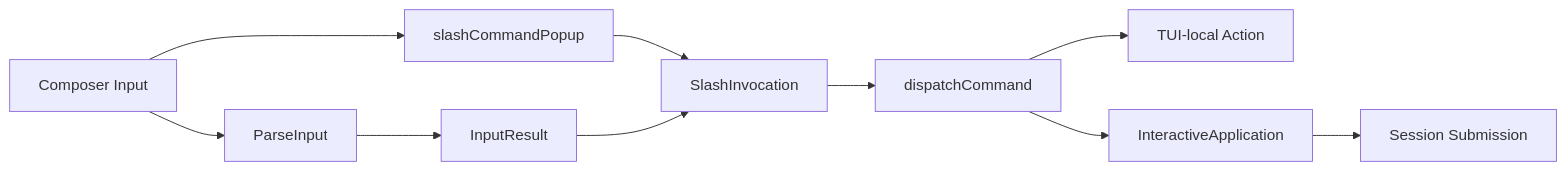
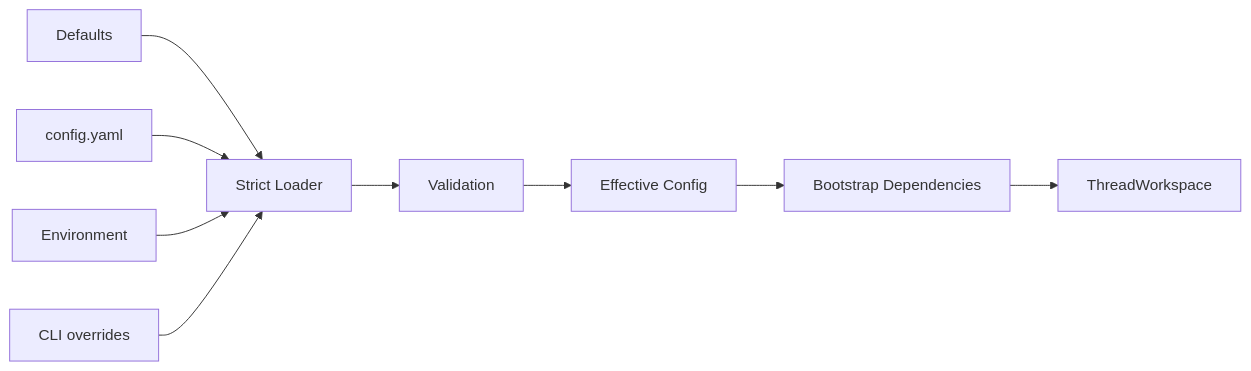
One commit to Godric-W/Amadeus changed the seventh of 43 diagrams in docs/architecture-whitepaper.md. Above: the diagram before and after it, drawn with Mermaid. The commit also changed other lines of this file and 1 other file, not shown here.

````diff
--- a/docs/architecture-whitepaper.md
+++ b/docs/architecture-whitepaper.md
@@ -368,21 +387,18 @@
 ```mermaid
 flowchart LR
-    Input[Composer Input]
-    Parse[ParseInput]
-    Result[InputResult]
-    Popup[slashCommandPopup]
-    Invoke[SlashInvocation]
-    Dispatch[dispatchCommand]
-    Local[TUI-local Action]
-    App[InteractiveApplication]
-    Session[Session Submission]
+    Defaults[Defaults]
+    File[config.yaml]
+    Env[Environment]
+    Flags[CLI overrides]
+    Loader[Strict Loader]
+    Validate[Validation]
+    Effective[Effective Config]
+    Bootstrap[Bootstrap Dependencies]
+    Workspace[ThreadWorkspace]
 
-    Input --> Parse --> Result
-    Input --> Popup
-    Popup --> Invoke
-    Result --> Invoke
-    Invoke --> Dispatch
-    Dispatch --> Local
-    Dispatch --> App
-    App --> Session
+    Defaults --> Loader
+    File --> Loader
+    Env --> Loader
+    Flags --> Loader
+    Loader --> Validate --> Effective --> Bootstrap --> Workspace
 ```
````
